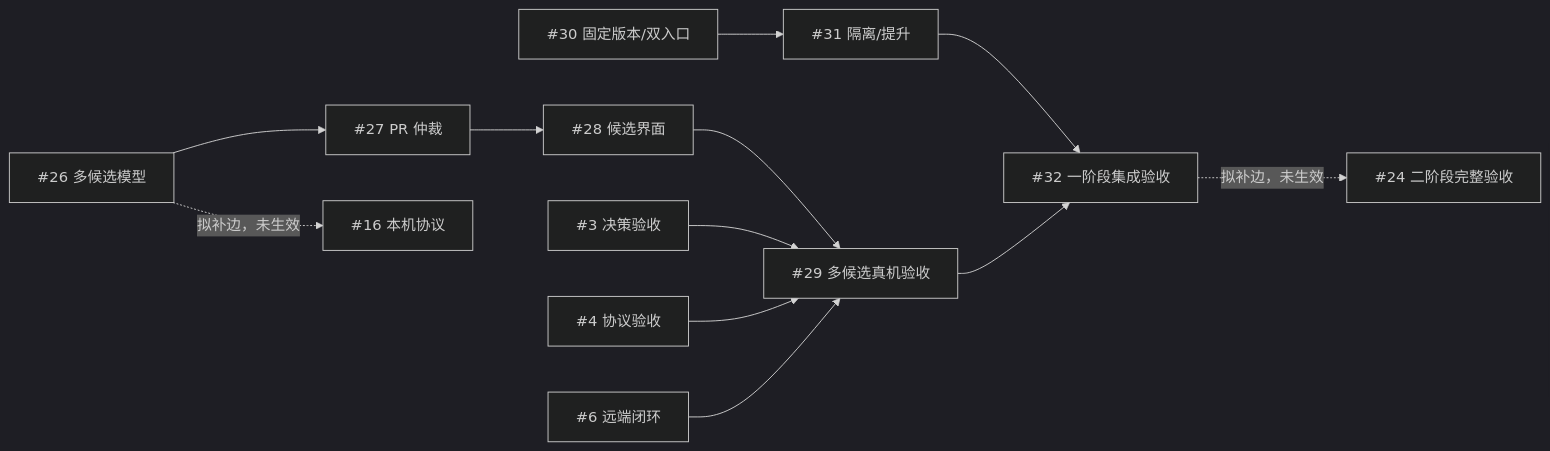
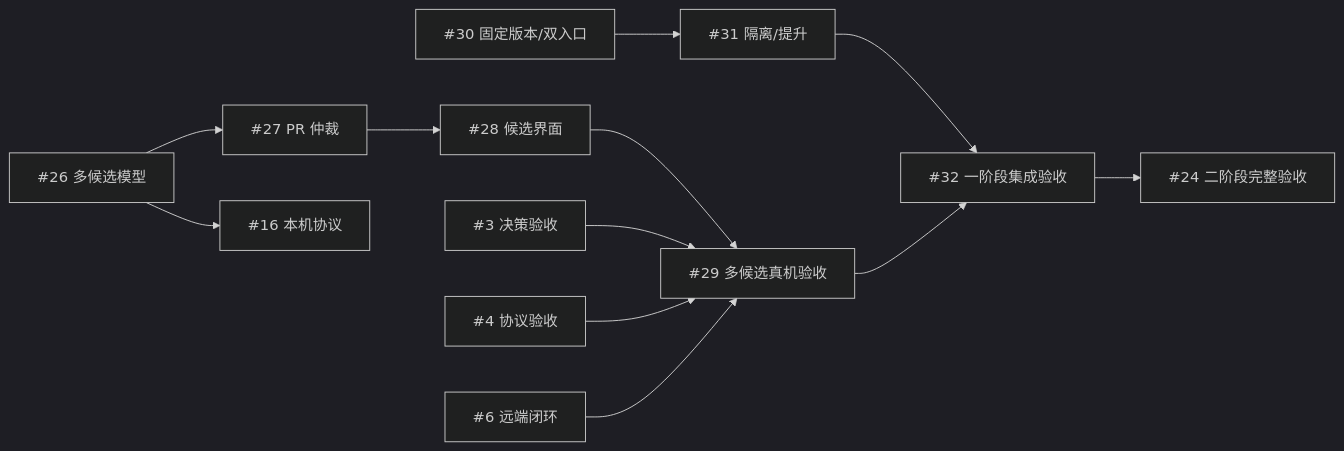
Before and after one commit to erranliu/SteerLine: the first of 2 diagrams in docs/roadmap/execution-map.md, drawn with Mermaid (dark theme). The commit also changed other lines of this file and 29 other files, not shown here.

````diff
--- a/docs/roadmap/execution-map.md
+++ b/docs/roadmap/execution-map.md
@@ -57,11 +57,11 @@
 ```mermaid
 flowchart LR
     T26["#26 多候选模型"] --> T27["#27 PR 仲裁"] --> T28["#28 候选界面"] --> T29["#29 多候选真机验收"]
     T3["#3 决策验收"] --> T29
     T4["#4 协议验收"] --> T29
     T6["#6 远端闭环"] --> T29
     T30["#30 固定版本/双入口"] --> T31["#31 隔离/提升"] --> T32["#32 一阶段集成验收"]
     T29 --> T32
-    T26 -. "拟补边，未生效" .-> T16["#16 本机协议"]
-    T32 -. "拟补边，未生效" .-> T24["#24 二阶段完整验收"]
+    T26 --> T16["#16 本机协议"]
+    T32 --> T24["#24 二阶段完整验收"]
 ```
````
